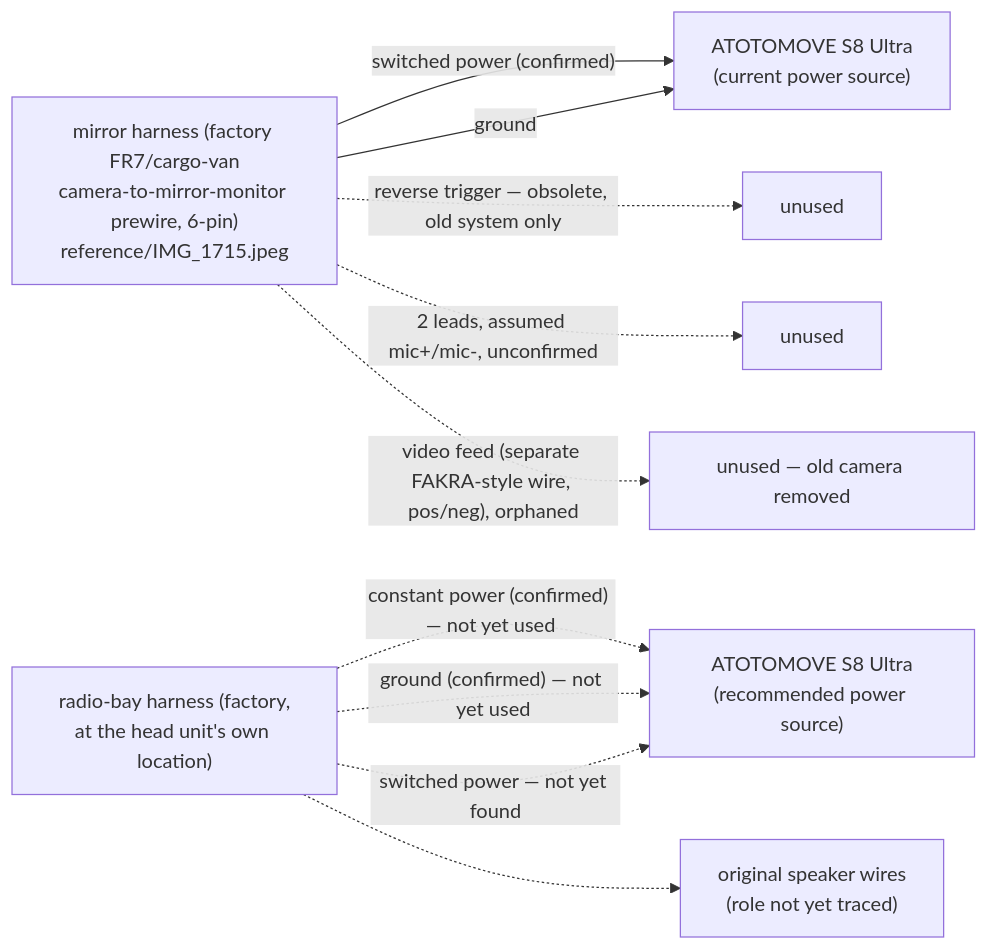
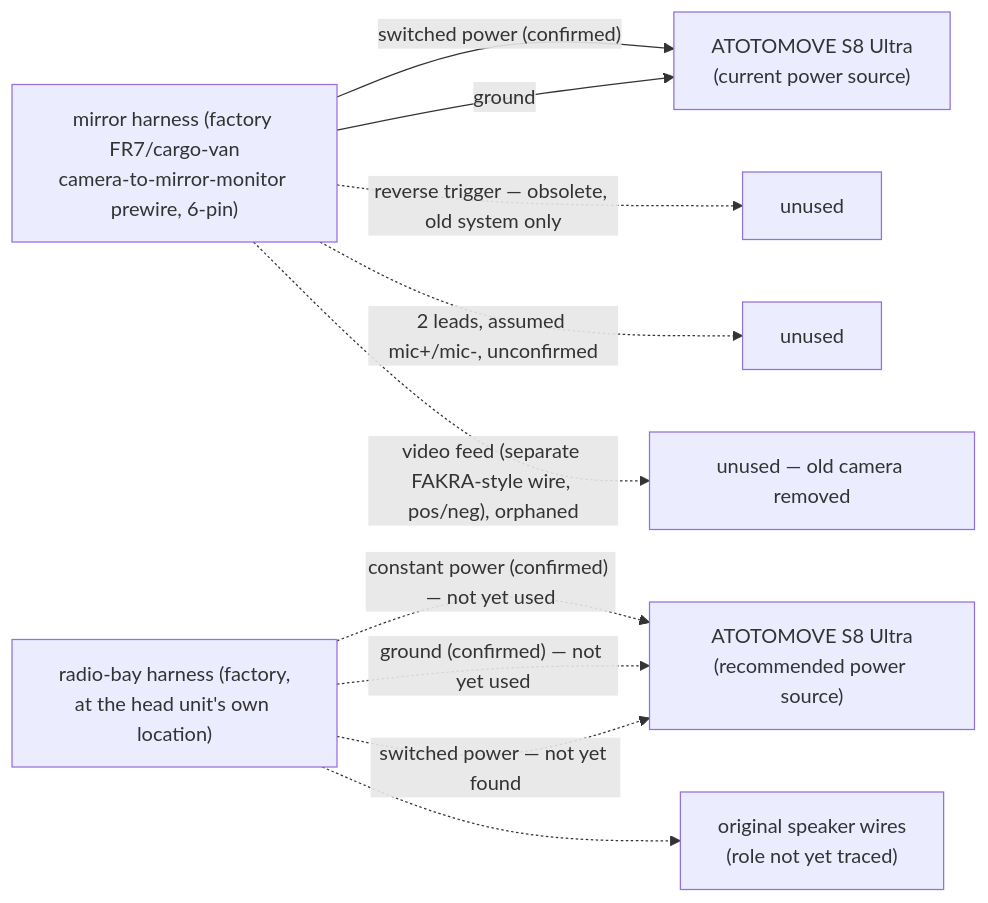
Before and after one commit to timit/vandalia: the second of 3 diagrams in audio/PLAN.md, drawn with Mermaid. The commit also changed other lines of this file and 4 other files, not shown here.

````diff
--- a/audio/PLAN.md
+++ b/audio/PLAN.md
@@ -46,13 +46,13 @@
 ```mermaid
 flowchart LR
-  mirror["mirror harness (factory FR7/cargo-van<br/>camera-to-mirror-monitor prewire, 6-pin)<br/>reference/IMG_1715.jpeg"]
+  mirror["mirror harness (factory FR7/cargo-van<br/>camera-to-mirror-monitor prewire, 6-pin)"]
   mirror -->|"switched power (confirmed)"| headunitNow["ATOTOMOVE S8 Ultra<br/>(current power source)"]
   mirror -->|"ground"| headunitNow
   mirror -.->|"reverse trigger — obsolete, old system only"| unused1["unused"]
   mirror -.->|"2 leads, assumed mic+/mic-, unconfirmed"| unused2["unused"]
   mirror -.->|"video feed (separate FAKRA-style wire, pos/neg), orphaned"| unused3["unused — old camera removed"]
   radiobay["radio-bay harness (factory,<br/>at the head unit's own location)"] -.->|"constant power (confirmed) — not yet used"| headunitFuture["ATOTOMOVE S8 Ultra<br/>(recommended power source)"]
   radiobay -.->|"ground (confirmed) — not yet used"| headunitFuture
   radiobay -.->|"switched power — not yet found"| headunitFuture
   radiobay -.-> speakerwires["original speaker wires<br/>(role not yet traced)"]
 ```
````
